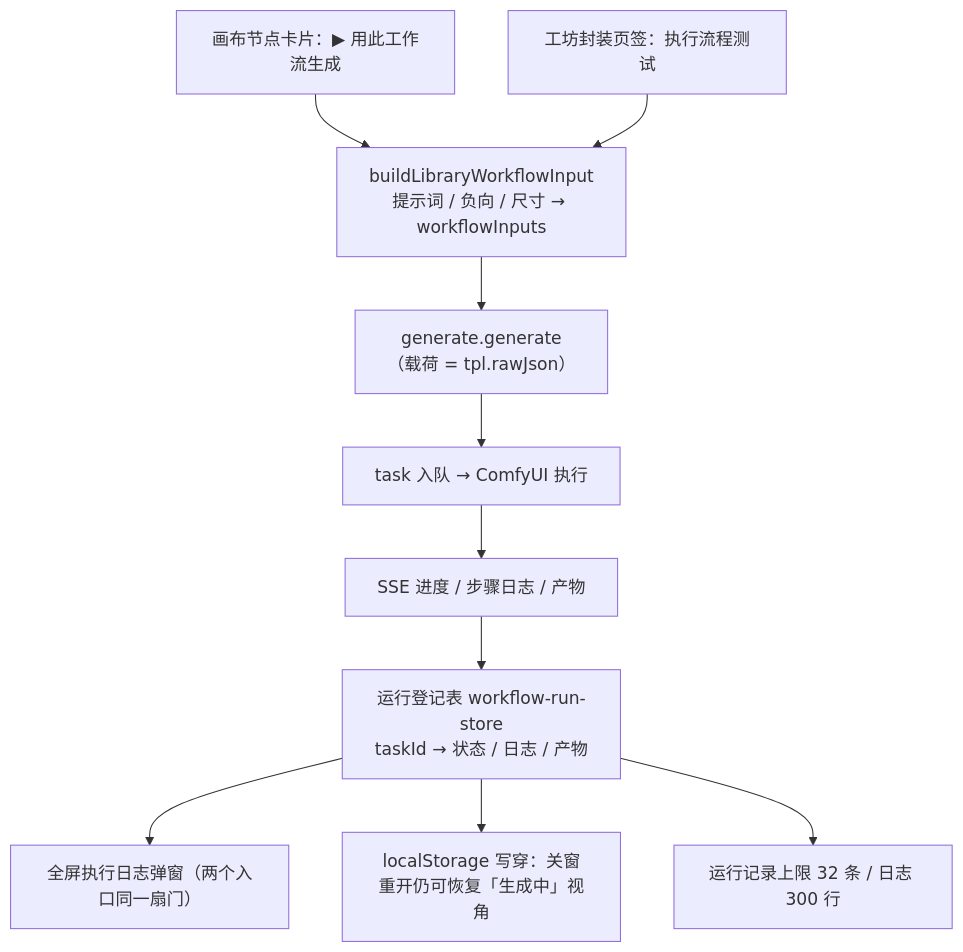
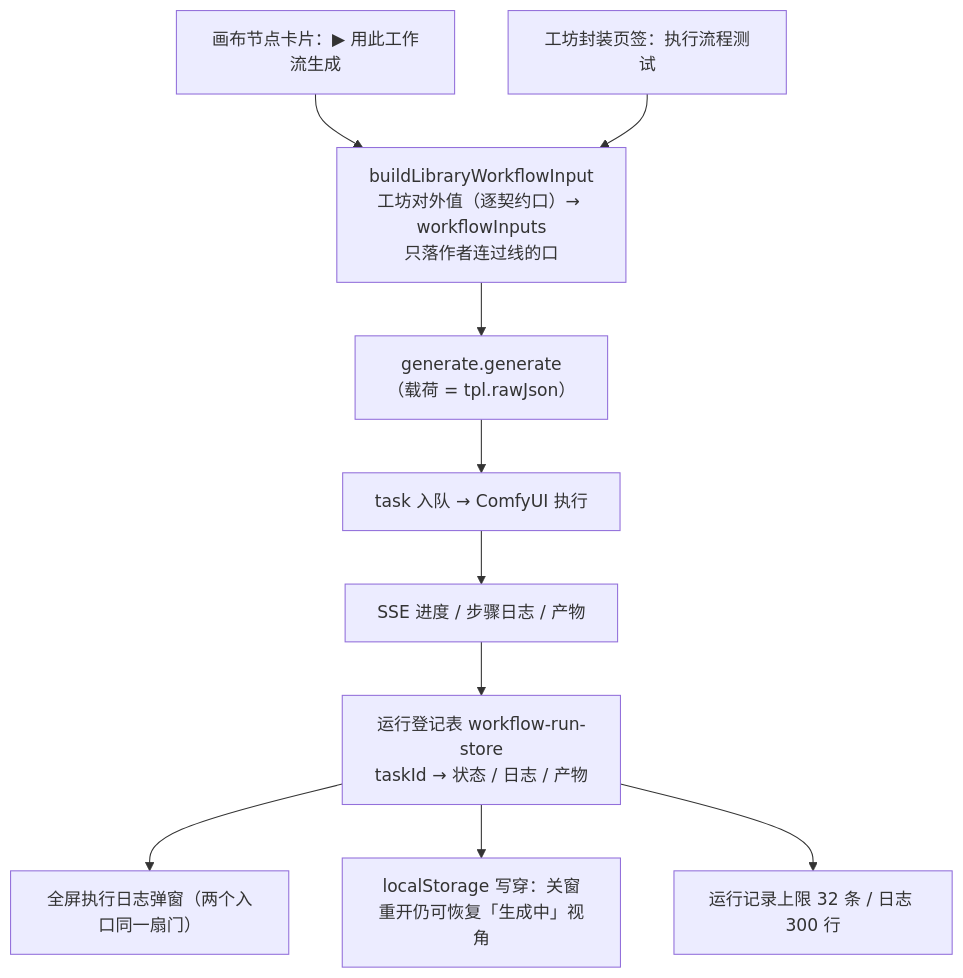
Before and after one commit to wuxianyuedu/comfy-app: the seventh of 8 diagrams in docs/guides/feature-workflow-library-flow.md, drawn with Mermaid. The commit also changed other lines of this file and 9 other files, not shown here.

````diff
--- a/docs/guides/feature-workflow-library-flow.md
+++ b/docs/guides/feature-workflow-library-flow.md
@@ -227,12 +229,12 @@
 ```mermaid
 flowchart TD
   E1["画布节点卡片：▶ 用此工作流生成"] --> BUILD
   E2["工坊封装页签：执行流程测试"] --> BUILD
-  BUILD["buildLibraryWorkflowInput<br/>提示词 / 负向 / 尺寸 → workflowInputs"] --> GEN["generate.generate<br/>（载荷 = tpl.rawJson）"]
+  BUILD["buildLibraryWorkflowInput<br/>工坊对外值（逐契约口）→ workflowInputs<br/>只落作者连过线的口"] --> GEN["generate.generate<br/>（载荷 = tpl.rawJson）"]
   GEN --> TASK["task 入队 → ComfyUI 执行"]
   TASK --> SSE["SSE 进度 / 步骤日志 / 产物"]
   SSE --> REG["运行登记表 workflow-run-store<br/>taskId → 状态 / 日志 / 产物"]
   REG --> MODAL["全屏执行日志弹窗（两个入口同一扇门）"]
   REG --> LS["localStorage 写穿：关窗重开仍可恢复「生成中」视角"]
   REG --> R3["运行记录上限 32 条 / 日志 300 行"]
 ```
````
